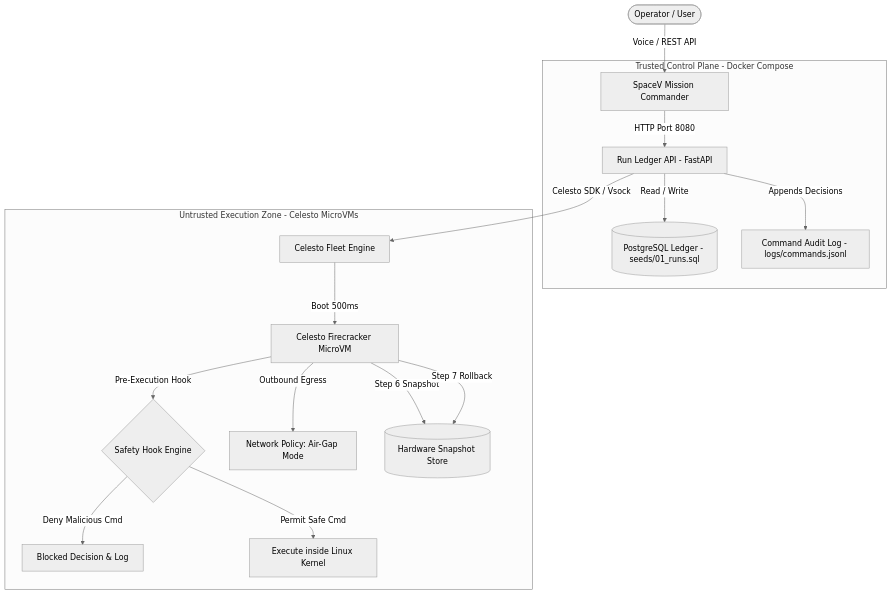
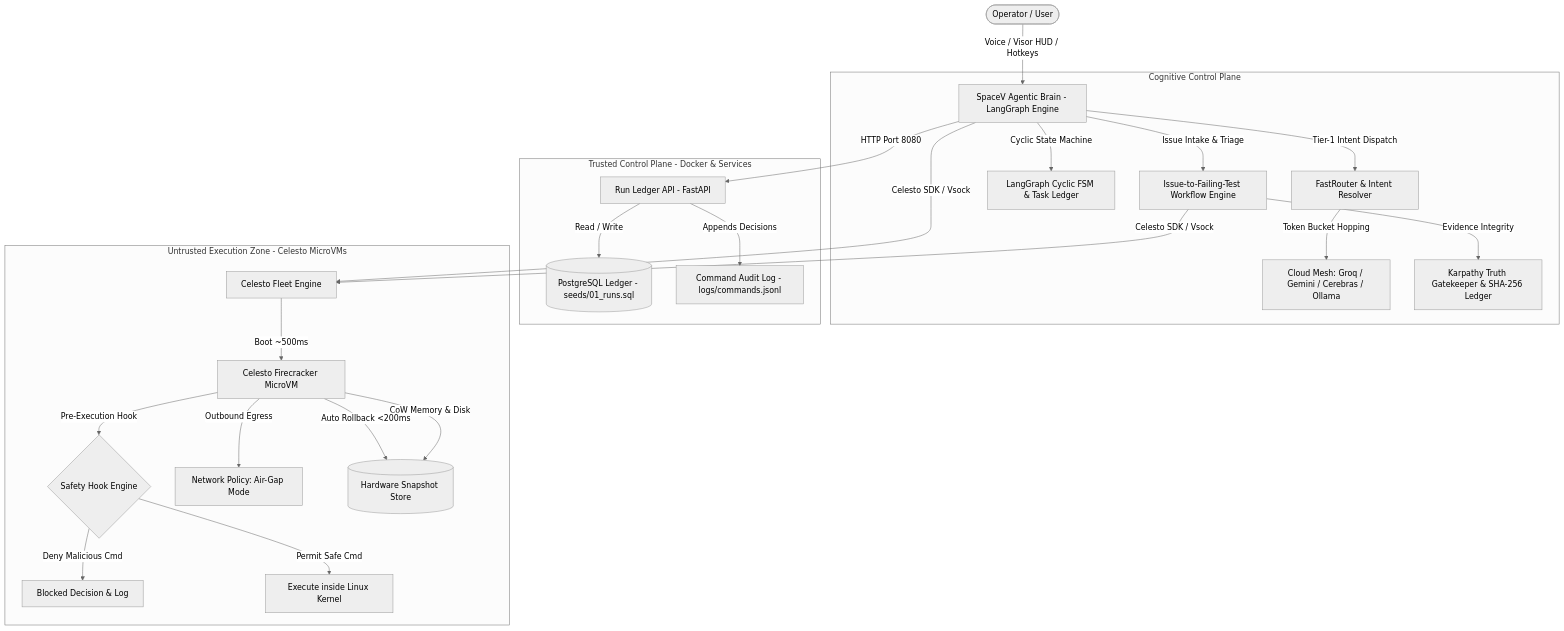
Before and after one commit to vikram0678/spaceV: the diagram in README.md, drawn with Mermaid (neutral theme). The commit also changed other lines of this file, not shown here.

Commit message:
docs(readme): upgrade architecture diagrams, demo showcase, and complete AI multi-brain setup

````diff
--- a/README.md
+++ b/README.md
@@ -18,23 +28,31 @@
 ```mermaid
 graph TD
-    Operator([Operator / User]) -->|Voice / REST API| SpaceV[SpaceV Mission Commander]
-    
-    subgraph Trusted_Control_Plane [Trusted Control Plane - Docker Compose]
-        SpaceV -->|HTTP Port 8080| API[Run Ledger API - FastAPI]
+    Operator([Operator / User]) -->|Voice / Visor HUD / Hotkeys| Brain[SpaceV Agentic Brain - LangGraph Engine]
+
+    subgraph Cognitive_Control_Plane [Cognitive Control Plane]
+        Brain -->|Tier-1 Intent Dispatch| Router[FastRouter & Intent Resolver]
+        Router -->|Token Bucket Hopping| Mesh[Cloud Mesh: Groq / Gemini / Cerebras / Ollama]
+        Brain -->|Cyclic State Machine| FSM[LangGraph Cyclic FSM & Task Ledger]
+        Brain -->|Issue Intake & Triage| Workflow[Issue-to-Failing-Test Workflow Engine]
+        Workflow -->|Evidence Integrity| Gatekeeper[Karpathy Truth Gatekeeper & SHA-256 Ledger]
+    end
+
+    subgraph Trusted_Control_Plane [Trusted Control Plane - Docker & Services]
+        Brain -->|HTTP Port 8080| API[Run Ledger API - FastAPI]
         API -->|Read / Write| DB[(PostgreSQL Ledger - seeds/01_runs.sql)]
         API -->|Appends Decisions| AuditLog[Command Audit Log - logs/commands.jsonl]
     end
-    
+
     subgraph Untrusted_Execution_Zone [Untrusted Execution Zone - Celesto MicroVMs]
-        API -->|Celesto SDK / Vsock| Driver[Celesto Fleet Engine]
-        Driver -->|Boot 500ms| Guest[Celesto Firecracker MicroVM]
-        
+        Workflow & Brain -->|Celesto SDK / Vsock| Driver[Celesto Fleet Engine]
+        Driver -->|Boot ~500ms| Guest[Celesto Firecracker MicroVM]
+
         Guest -->|Pre-Execution Hook| Hook{Safety Hook Engine}
         Hook -->|Deny Malicious Cmd| Block[Blocked Decision & Log]
         Hook -->|Permit Safe Cmd| Exec[Execute inside Linux Kernel]
-        
+
         Guest -->|Outbound Egress| NetPolicy[Network Policy: Air-Gap Mode]
-        Guest -->|Step 6 Snapshot| SnapStore[(Hardware Snapshot Store)]
-        Guest -->|Step 7 Rollback| SnapStore
+        Guest -->|CoW Memory & Disk| SnapStore[(Hardware Snapshot Store)]
+        Guest -->|Auto Rollback <200ms| SnapStore
     end
 ```
````
